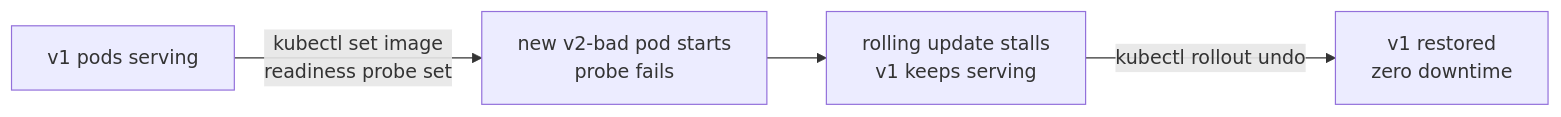
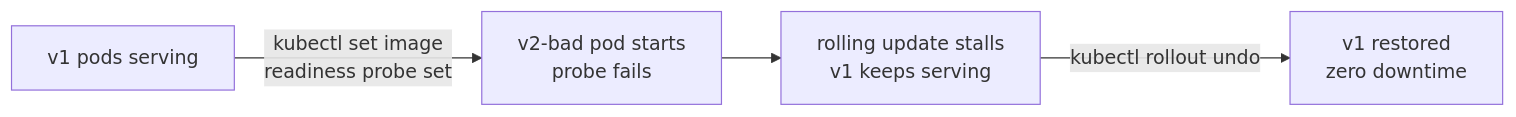
Before and after one commit to arun-gupta/the-pain-first-way: the fifth of 5 diagrams in pains/09-cant-roll-back.md, drawn with Mermaid. The commit also changed other lines of this file, not shown here.

First line of the commit message:
docs(pain9): restructure pattern section as 5-stage progression with diagrams

````diff
--- a/pains/09-cant-roll-back.md
+++ b/pains/09-cant-roll-back.md
@@ -22,6 +79,6 @@
 ```mermaid
 graph LR
-    V1["v1 pods serving"] -->|"kubectl set image\nreadiness probe set"| P["new v2-bad pod starts\nprobe fails"]
+    V1["v1 pods serving"] -->|"kubectl set image\nreadiness probe set"| P["v2-bad pod starts\nprobe fails"]
     P --> S["rolling update stalls\nv1 keeps serving"]
     S -->|"kubectl rollout undo"| R["v1 restored\nzero downtime"]
 ```
````
